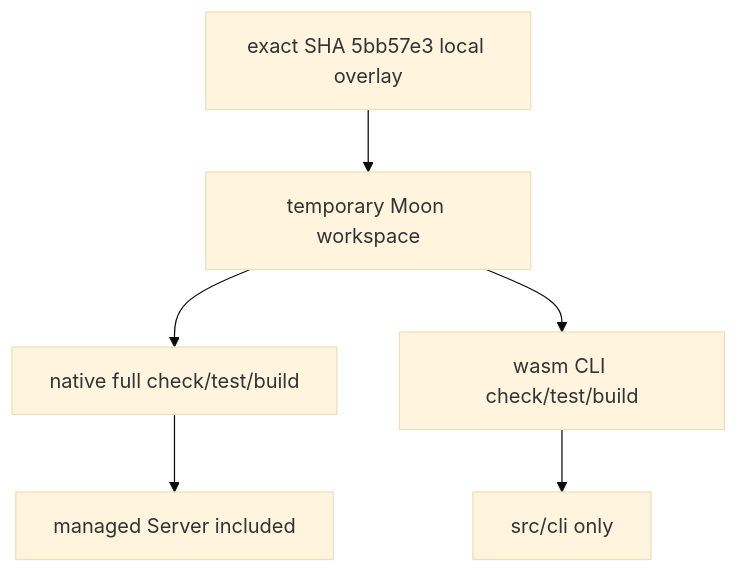
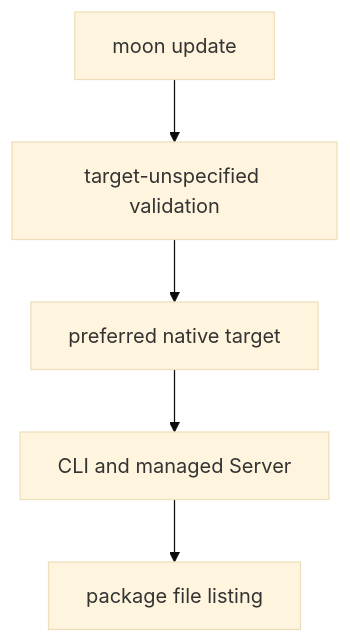
The second of 2 diagrams in README.mbt.md (totto2727-org/opencode-sdk), drawn with Mermaid (base theme) before and after one commit. The commit also changed other lines of this file and 1 other file, not shown here.

Commit message:
ci: validate only the preferred target

````diff
--- a/README.mbt.md
+++ b/README.mbt.md
@@ -89,8 +83,7 @@
 ```mermaid
 flowchart TD
-  A[exact SHA 5bb57e3 local overlay] --> B[temporary Moon workspace]
-  B --> C[native full check/test/build]
-  C --> D[managed Server included]
-  B --> E[wasm CLI check/test/build]
-  E --> F[src/cli only]
+  A[moon update] --> B[target-unspecified validation]
+  B --> C[preferred native target]
+  C --> D[CLI and managed Server]
+  D --> E[package file listing]
 ```
````
